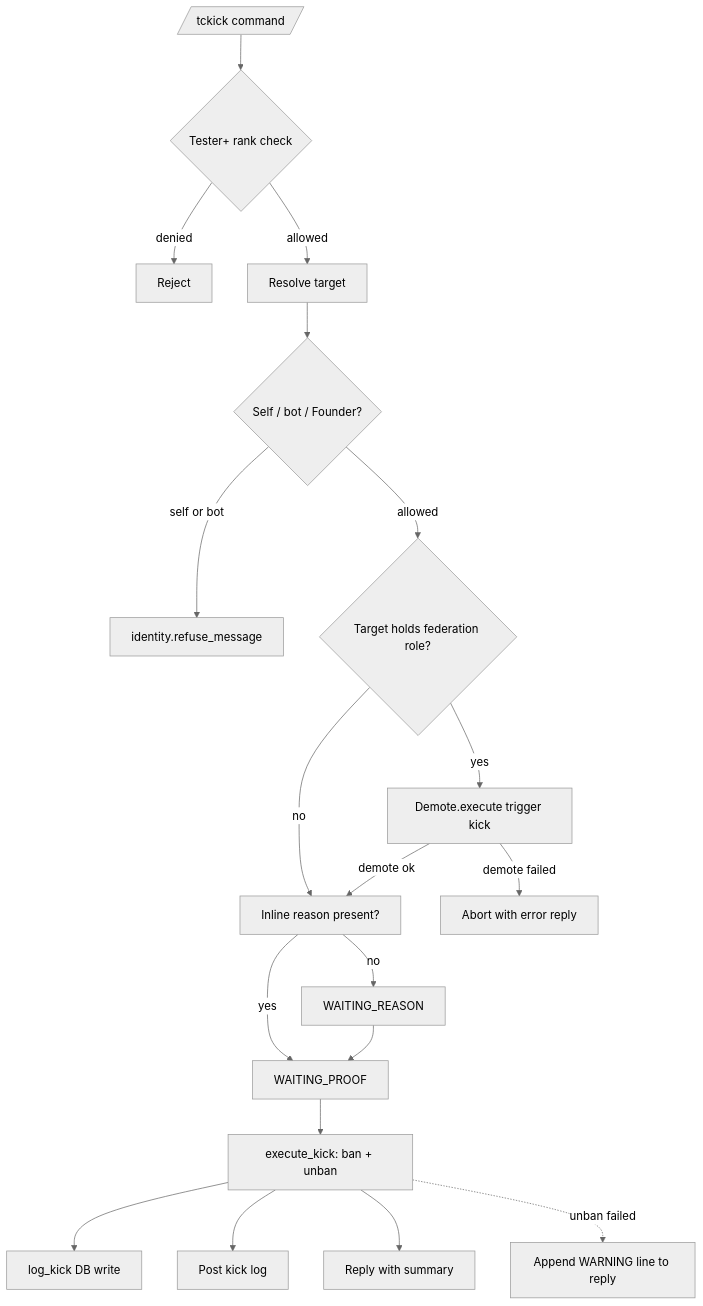
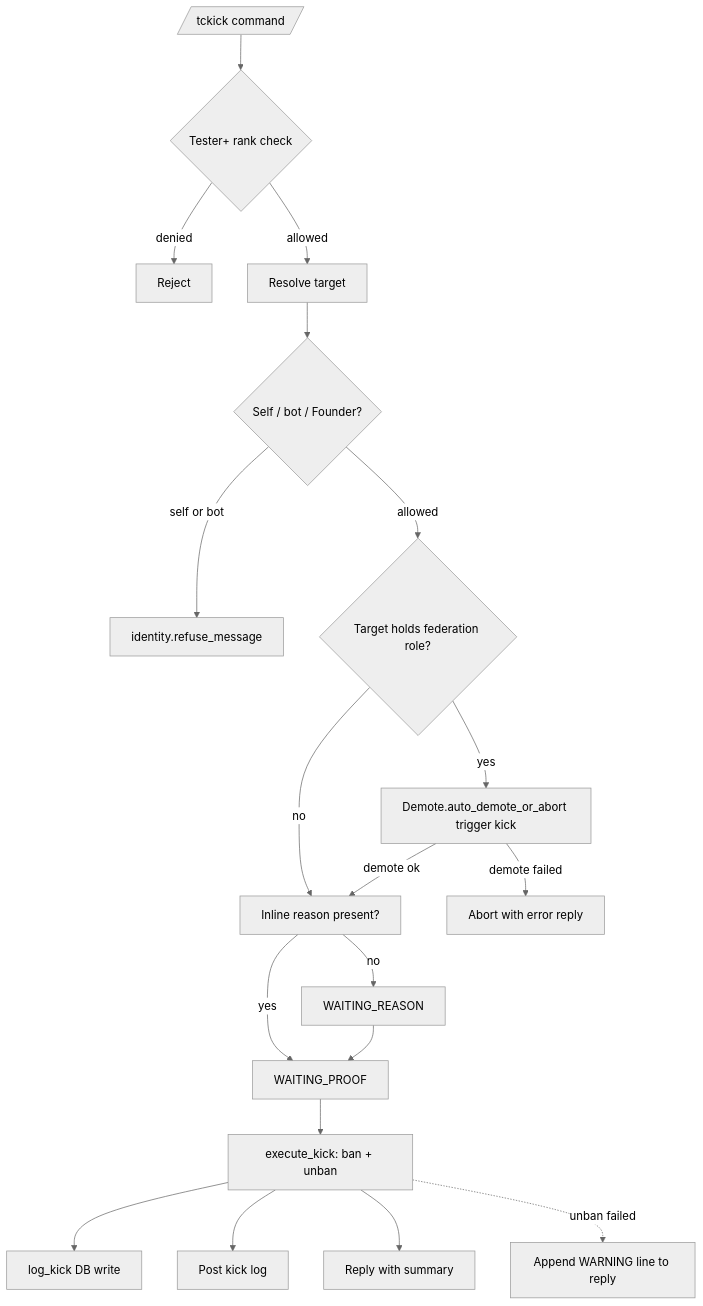
Before and after one commit to D1ZZY4/tcbot: the diagram in docs/features/moderation/kicking.md, drawn with Mermaid (neutral theme). The commit also changed other lines of this file and 25 other files, not shown here.

````diff
--- a/docs/features/moderation/kicking.md
+++ b/docs/features/moderation/kicking.md
@@ -12,21 +12,21 @@
 ```mermaid
 flowchart TD
     Cmd[/tckick command/] --> Perm{Tester+ rank check}
     Perm -->|denied| End1[Reject]
     Perm -->|allowed| Target[Resolve target]
     Target --> Ident{Self / bot / Founder?}
     Ident -->|self or bot| Refuse[identity.refuse_message]
     Ident -->|allowed| RoleCheck{Target holds federation role?}
-    RoleCheck -->|yes| AutoDemote[Demote.execute trigger kick]
+    RoleCheck -->|yes| AutoDemote[Demote.auto_demote_or_abort trigger kick]
     RoleCheck -->|no| ReasonStep
     AutoDemote -->|demote failed| Abort[Abort with error reply]
     AutoDemote -->|demote ok| ReasonStep[Inline reason present?]
     ReasonStep -->|yes| ProofStep[WAITING_PROOF]
     ReasonStep -->|no| ReasonPrompt[WAITING_REASON]
     ReasonPrompt --> ProofStep
     ProofStep --> Exec[execute_kick: ban + unban]
     Exec --> LogDB[log_kick DB write]
     Exec --> LogChan[Post kick log]
     Exec --> Reply[Reply with summary]
     Exec -.->|unban failed| Warning[Append WARNING line to reply]
 ```
````
